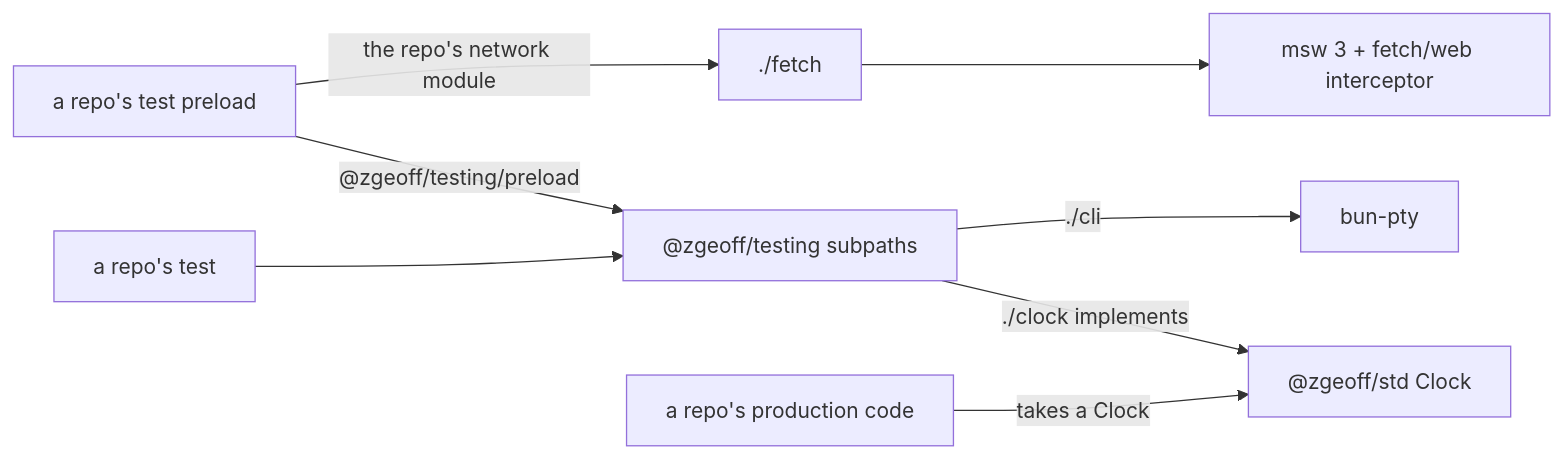
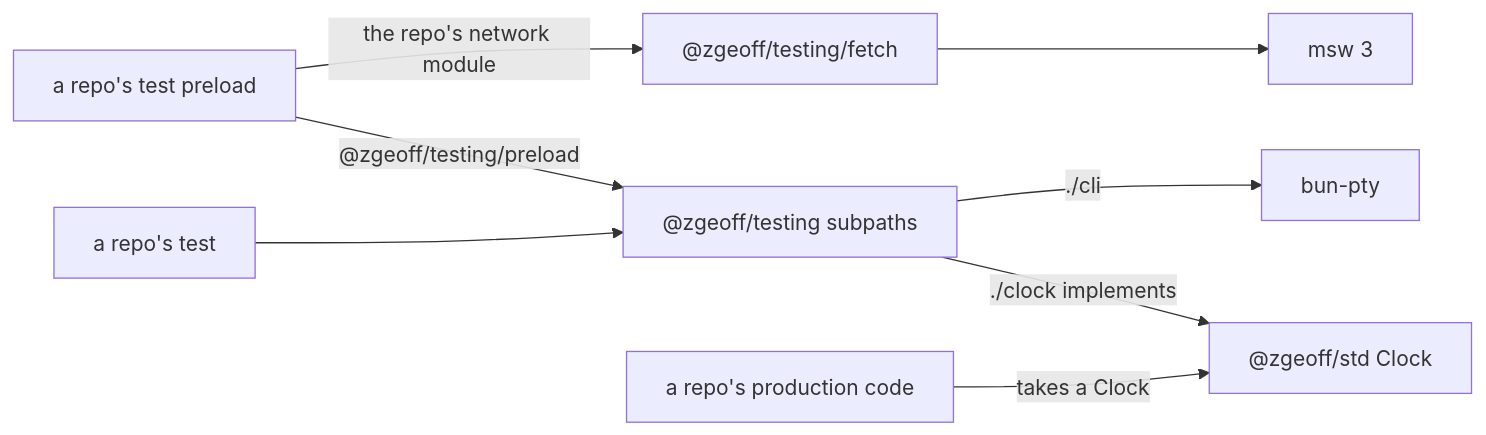
Before and after one commit to zgeoff/tools: the diagram in docs/design/testing-kit/README.md, drawn with Mermaid. The commit also changed other lines of this file and 8 other files, not shown here.

````diff
--- a/docs/design/testing-kit/README.md
+++ b/docs/design/testing-kit/README.md
@@ -15,10 +20,10 @@
 ```mermaid
 flowchart LR
   test[a repo's test] --> kit["@zgeoff/testing subpaths"]
   preload[a repo's test preload] -->|"@zgeoff/testing/preload"| kit
-  preload -->|"the repo's network module"| fetch["./fetch"]
+  preload -->|"the repo's network module"| fetch["@zgeoff/testing/fetch"]
   kit -->|"./clock implements"| std["@zgeoff/std Clock"]
   code[a repo's production code] -->|"takes a Clock"| std
-  fetch --> msw[msw 3 + fetch/web interceptor]
+  fetch --> msw[msw 3]
   kit -->|"./cli"| pty[bun-pty]
 ```
````
